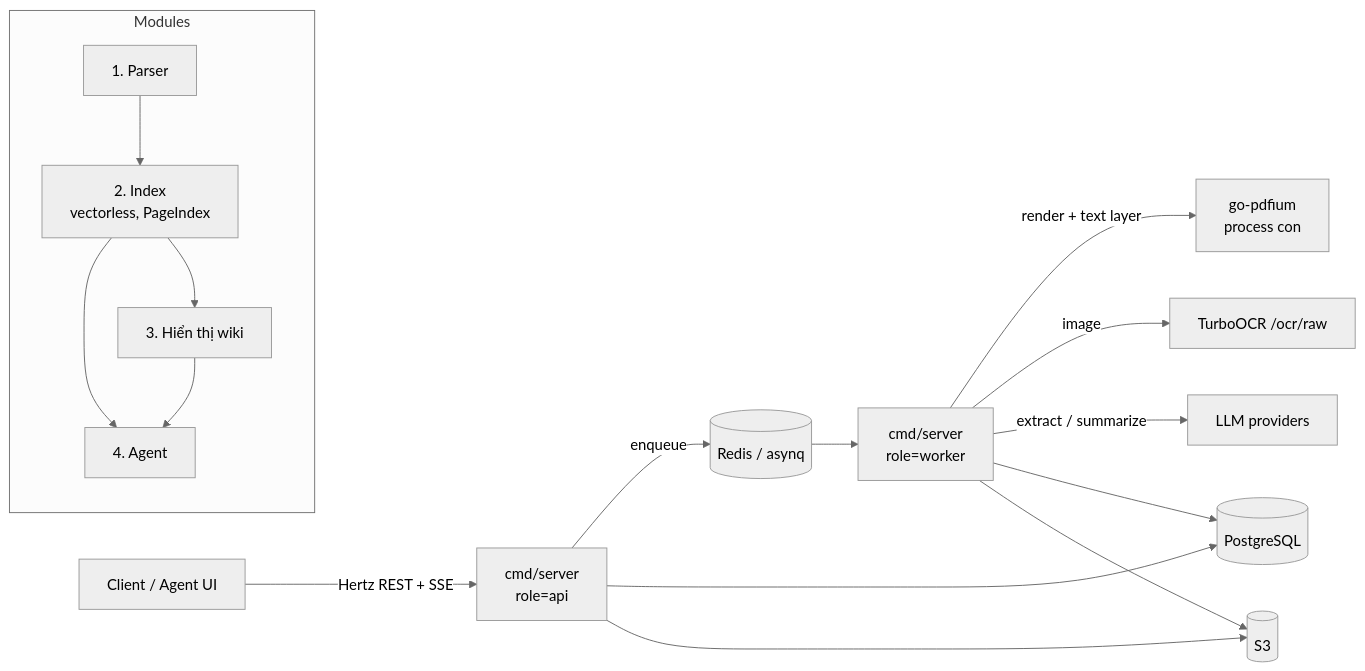
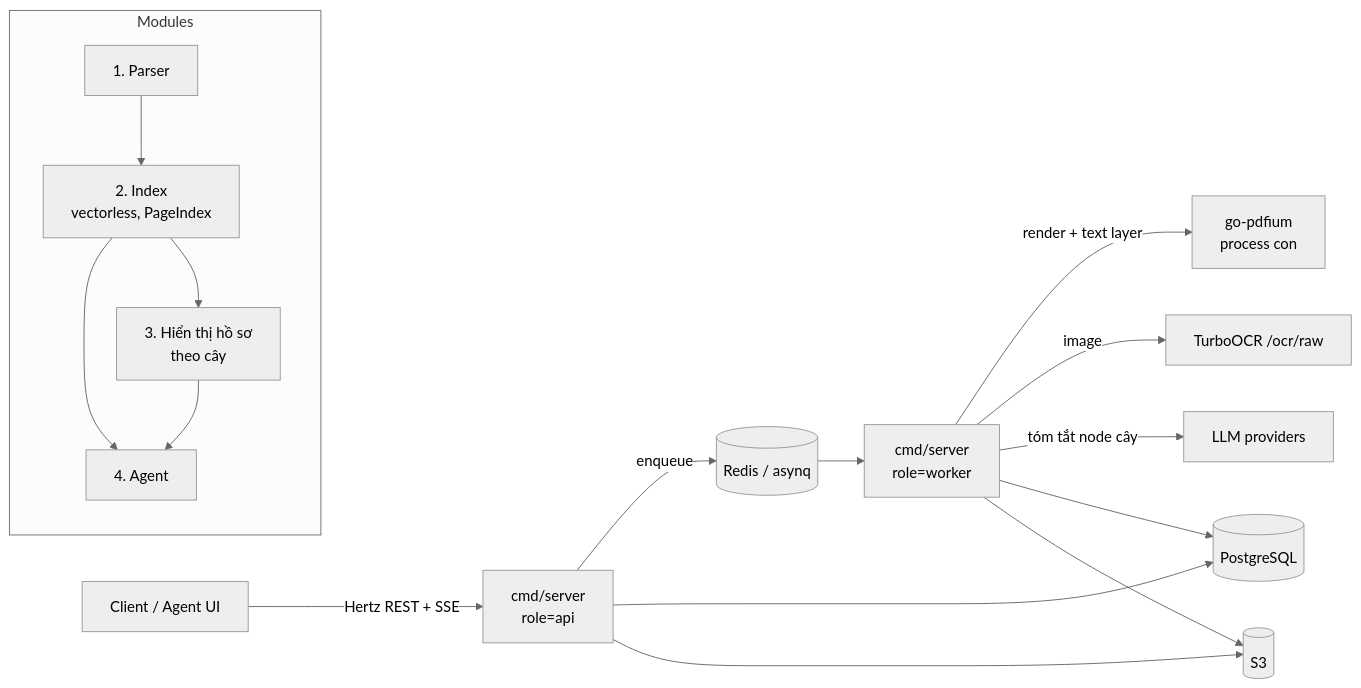
Before and after one commit to thanhbgtnut/bepaylot: the first of 4 diagrams in spec/spec.md, drawn with Mermaid (neutral theme). The commit also changed other lines of this file and 104 other files, not shown here.

Commit message:
remove wiki and graph

````diff
--- a/spec/spec.md
+++ b/spec/spec.md
@@ -121,21 +111,21 @@
 ```mermaid
 flowchart LR
   U[Client / Agent UI] -->|Hertz REST + SSE| API[cmd/server<br/>role=api]
   API -->|enqueue| R[(Redis / asynq)]
   API --> PG[(PostgreSQL)]
   API --> OS[(S3)]
 
   R --> W[cmd/server<br/>role=worker]
   W -->|render + text layer| PDF[go-pdfium<br/>process con]
   W -->|image| OCR[TurboOCR /ocr/raw]
-  W -->|extract / summarize| LLM[LLM providers]
+  W -->|tóm tắt node cây| LLM[LLM providers]
   W --> PG
   W --> OS
 
   subgraph Modules
     M1[1. Parser] --> M2[2. Index<br/>vectorless, PageIndex]
-    M2 --> M3[3. Hiển thị wiki]
+    M2 --> M3[3. Hiển thị hồ sơ<br/>theo cây]
     M2 --> M4[4. Agent]
     M3 --> M4
   end
 ```
````
